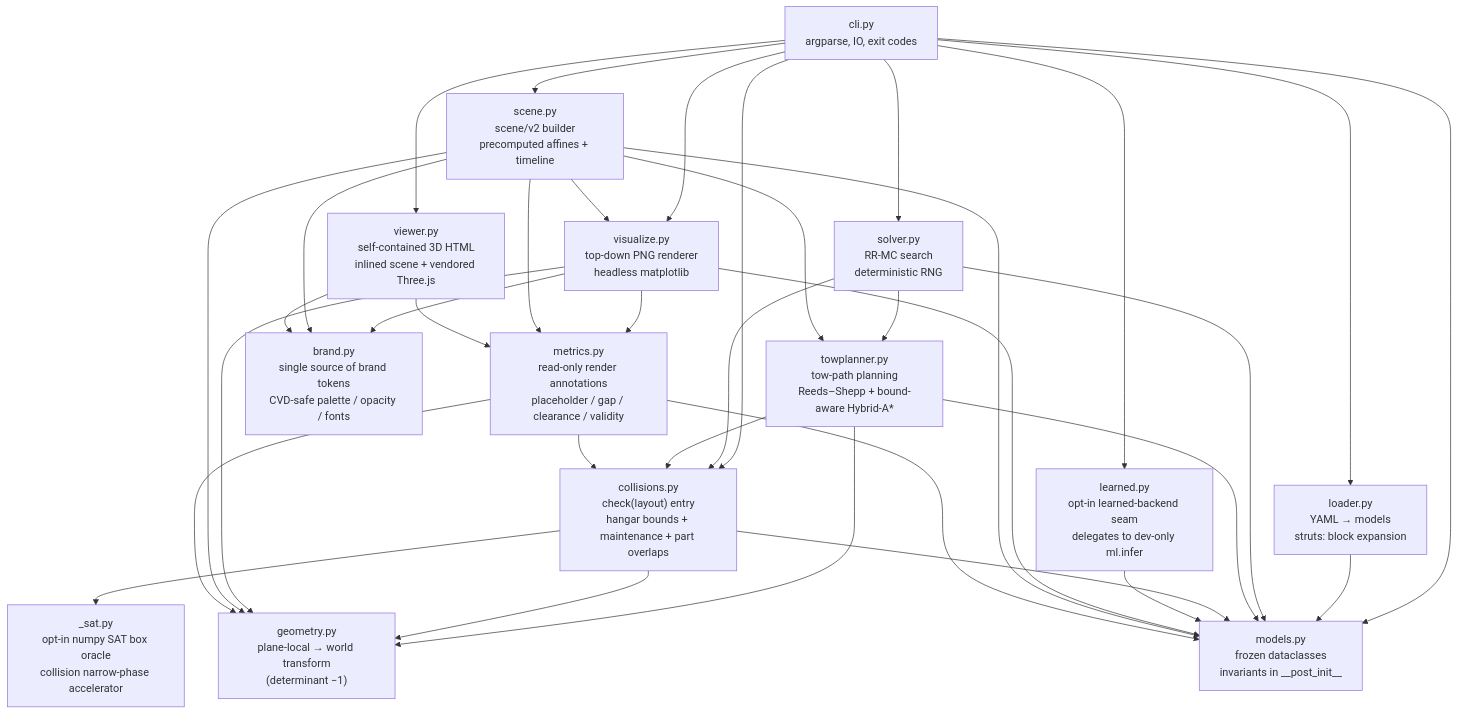
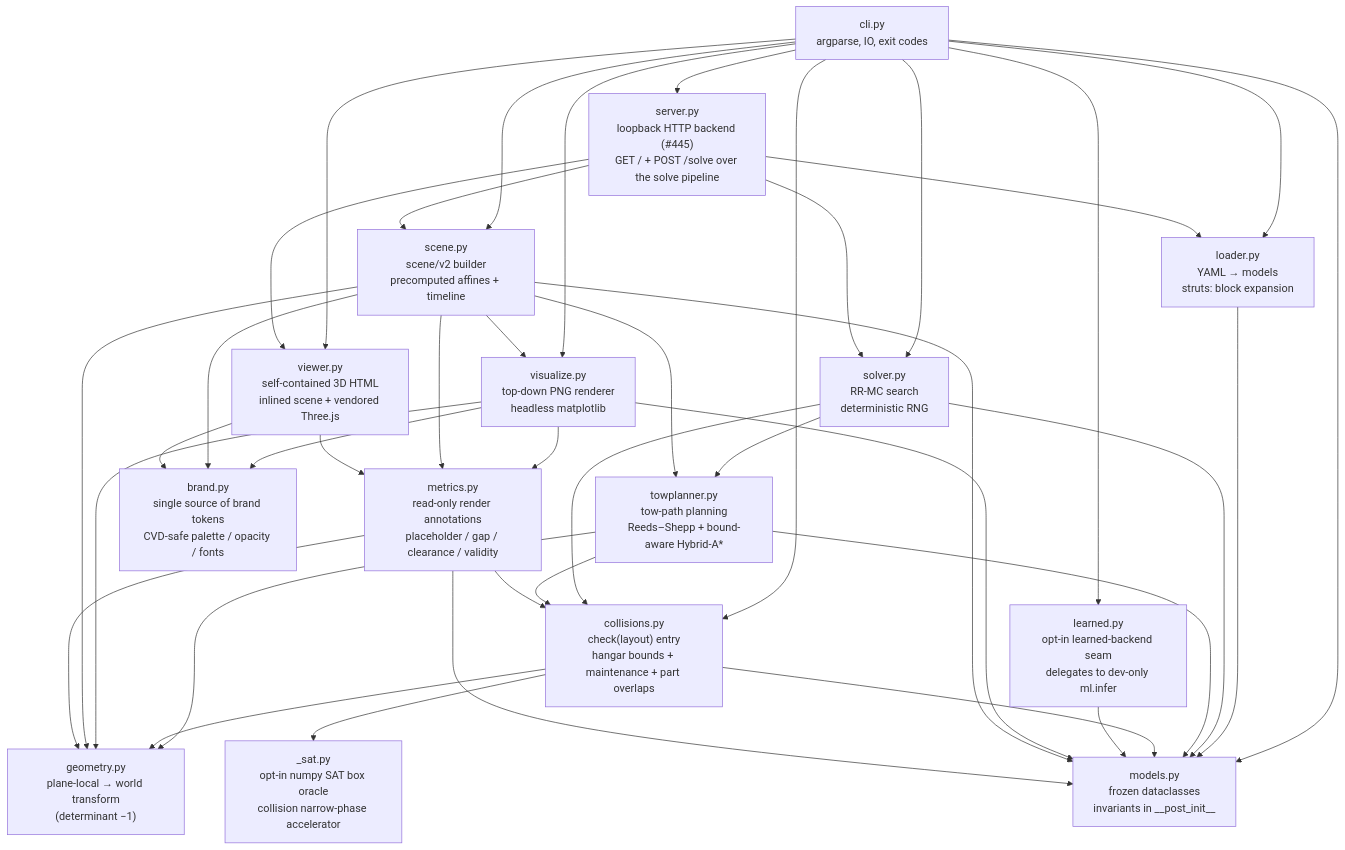
One commit to DocGerd/hangarfit changed the first of 2 diagrams in docs/architecture/05-building-block-view.md. Above: the diagram before and after it, drawn with Mermaid. The commit also changed other lines of this file and 3 other files, not shown here.

````diff
--- a/docs/architecture/05-building-block-view.md
+++ b/docs/architecture/05-building-block-view.md
@@ -9,62 +9,69 @@
 ```mermaid
 flowchart TD
     cli["cli.py<br/>argparse, IO, exit codes"]
     loader["loader.py<br/>YAML → models<br/>struts: block expansion"]
     models["models.py<br/>frozen dataclasses<br/>invariants in __post_init__"]
     geometry["geometry.py<br/>plane-local → world transform<br/>(determinant −1)"]
     collisions["collisions.py<br/>check(layout) entry<br/>hangar bounds + maintenance + part overlaps"]
     solver["solver.py<br/>RR-MC search<br/>deterministic RNG"]
     towplanner["towplanner.py<br/>tow-path planning<br/>Reeds–Shepp + bound-aware Hybrid-A*"]
     visualize["visualize.py<br/>top-down PNG renderer<br/>headless matplotlib"]
     scene["scene.py<br/>scene/v2 builder<br/>precomputed affines + timeline"]
     viewer["viewer.py<br/>self-contained 3D HTML<br/>inlined scene + vendored Three.js"]
+    server["server.py<br/>loopback HTTP backend (#445)<br/>GET / + POST /solve over the solve pipeline"]
     metrics["metrics.py<br/>read-only render annotations<br/>placeholder / gap / clearance / validity"]
     brand["brand.py<br/>single source of brand tokens<br/>CVD-safe palette / opacity / fonts"]
     sat["_sat.py<br/>opt-in numpy SAT box oracle<br/>collision narrow-phase accelerator"]
     learned["learned.py<br/>opt-in learned-backend seam<br/>delegates to dev-only ml.infer"]
 
     cli --> loader
     cli --> collisions
     cli --> solver
     cli --> visualize
     cli --> scene
     cli --> viewer
     cli --> models
     cli --> learned
+    cli --> server
+
+    server --> loader
+    server --> solver
+    server --> scene
+    server --> viewer
 
     loader --> models
 
     solver --> collisions
     solver --> models
     solver --> towplanner
 
     towplanner --> collisions
     towplanner --> geometry
     towplanner --> models
 
     collisions --> geometry
     collisions --> models
     collisions --> sat
 
     learned --> models
 
     visualize --> geometry
     visualize --> models
 
     scene --> geometry
     scene --> towplanner
     scene --> visualize
     scene --> models
 
     metrics --> collisions
     metrics --> geometry
     metrics --> models
 
     visualize --> metrics
     scene --> metrics
     viewer --> metrics
 
     visualize --> brand
     scene --> brand
     viewer --> brand
 ```
````
